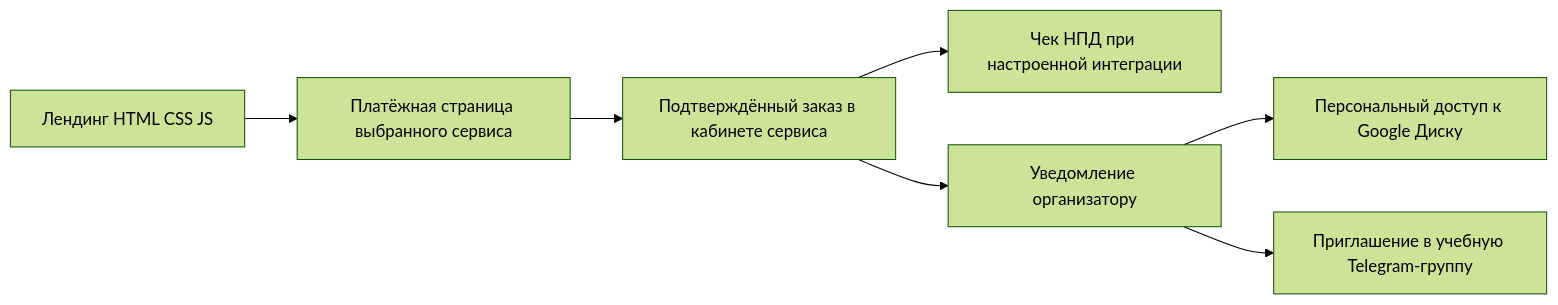
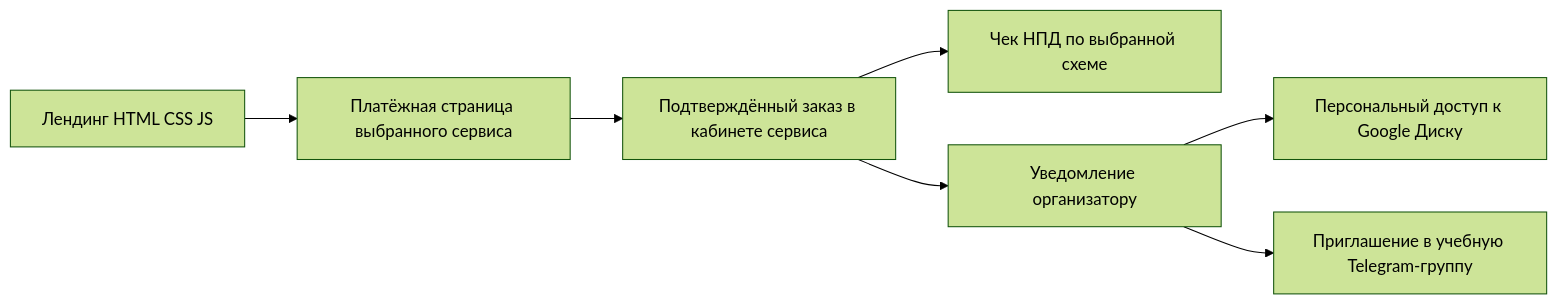
The diagram in docs/архитектура-лендинга-курса.md (Nike152/evgeniikotsur-site), drawn with Mermaid (forest theme) before and after one commit. The commit also changed other lines of this file and 1 other file, not shown here.

````diff
--- a/docs/архитектура-лендинга-курса.md
+++ b/docs/архитектура-лендинга-курса.md
@@ -122,9 +129,9 @@
 ```mermaid
 flowchart LR
     A[Лендинг HTML CSS JS] --> B[Платёжная страница выбранного сервиса]
     B --> C[Подтверждённый заказ в кабинете сервиса]
-    C --> D[Чек НПД при настроенной интеграции]
+    C --> D[Чек НПД по выбранной схеме]
     C --> E[Уведомление организатору]
     E --> F[Персональный доступ к Google Диску]
     E --> G[Приглашение в учебную Telegram-группу]
 ```
````
